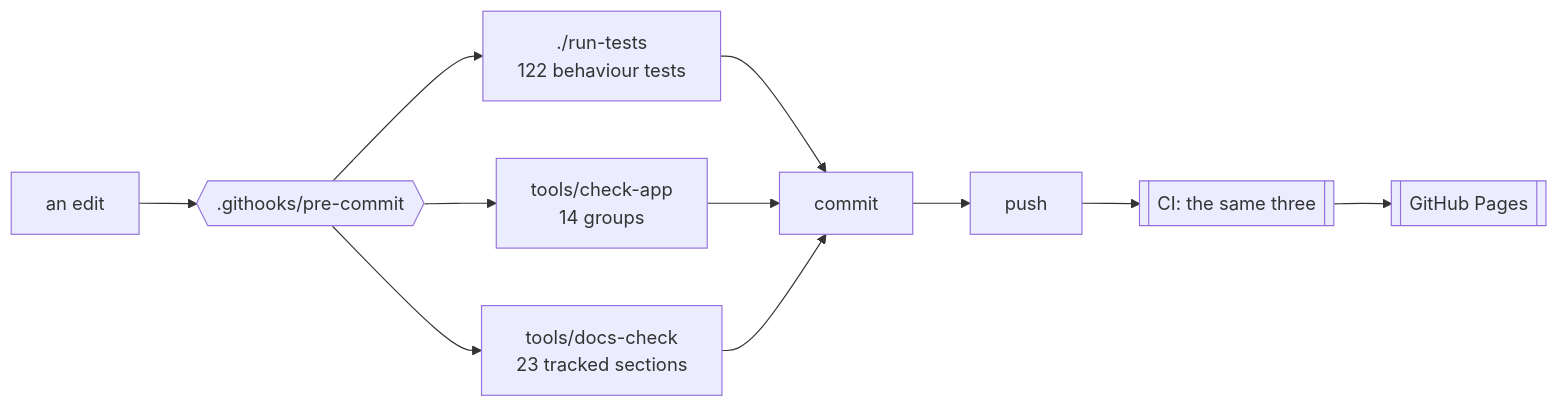
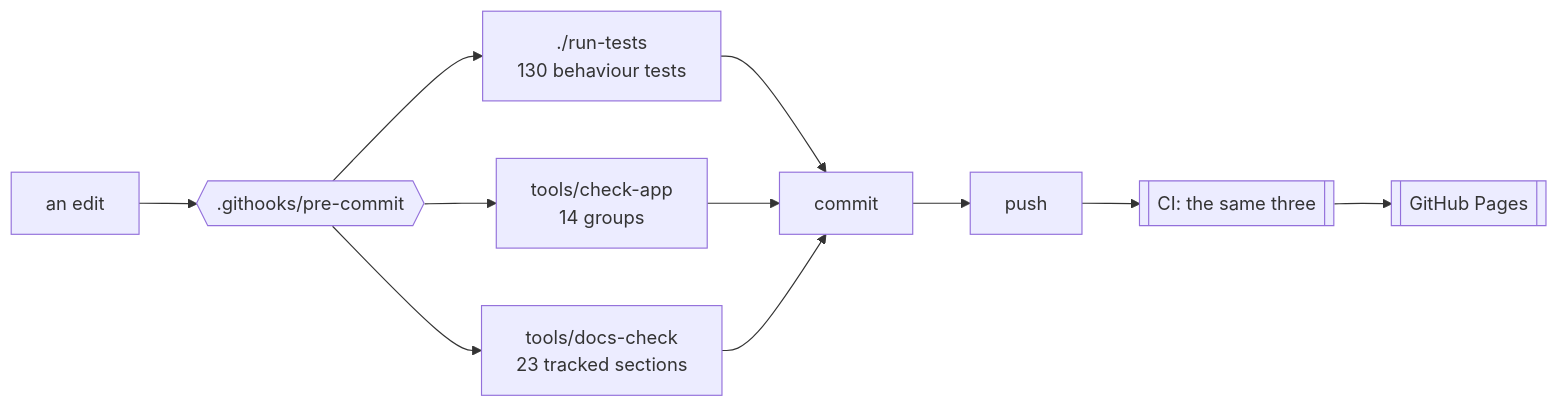
Before and after one commit to minormending/crystal-pilot-mobile: the diagram in docs/DEVELOPING.md, drawn with Mermaid. The commit also changed other lines of this file and 3 other files, not shown here.

````diff
--- a/docs/DEVELOPING.md
+++ b/docs/DEVELOPING.md
@@ -15,12 +15,12 @@
 ```mermaid
 flowchart LR
     E[an edit] --> H{{".githooks/pre-commit"}}
-    H --> T["./run-tests<br/>122 behaviour tests"]
+    H --> T["./run-tests<br/>130 behaviour tests"]
     H --> C["tools/check-app<br/>14 groups"]
     H --> D["tools/docs-check<br/>23 tracked sections"]
     T --> OK[commit]
     C --> OK
     D --> OK
     OK --> P[push] --> CI[["CI: the same three"]]
     CI --> PG[[GitHub Pages]]
 ```
````
